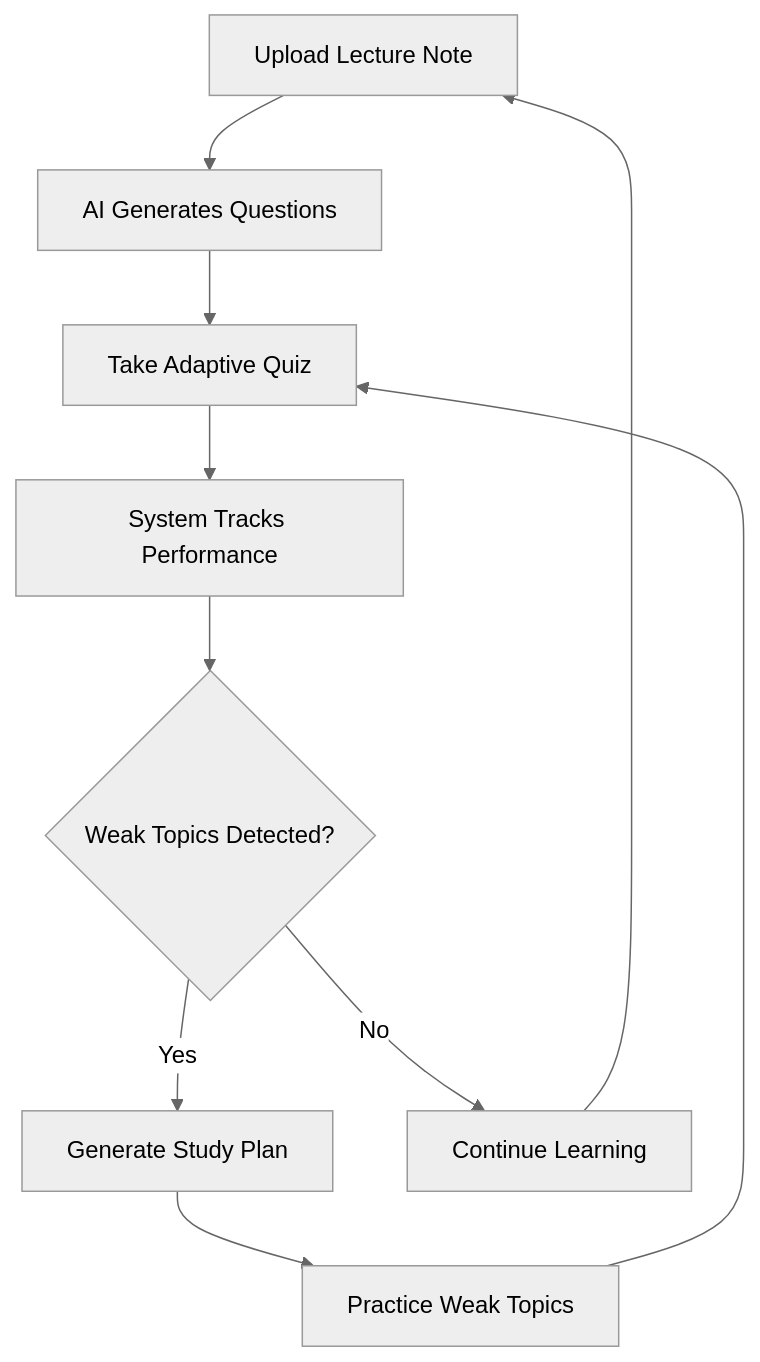
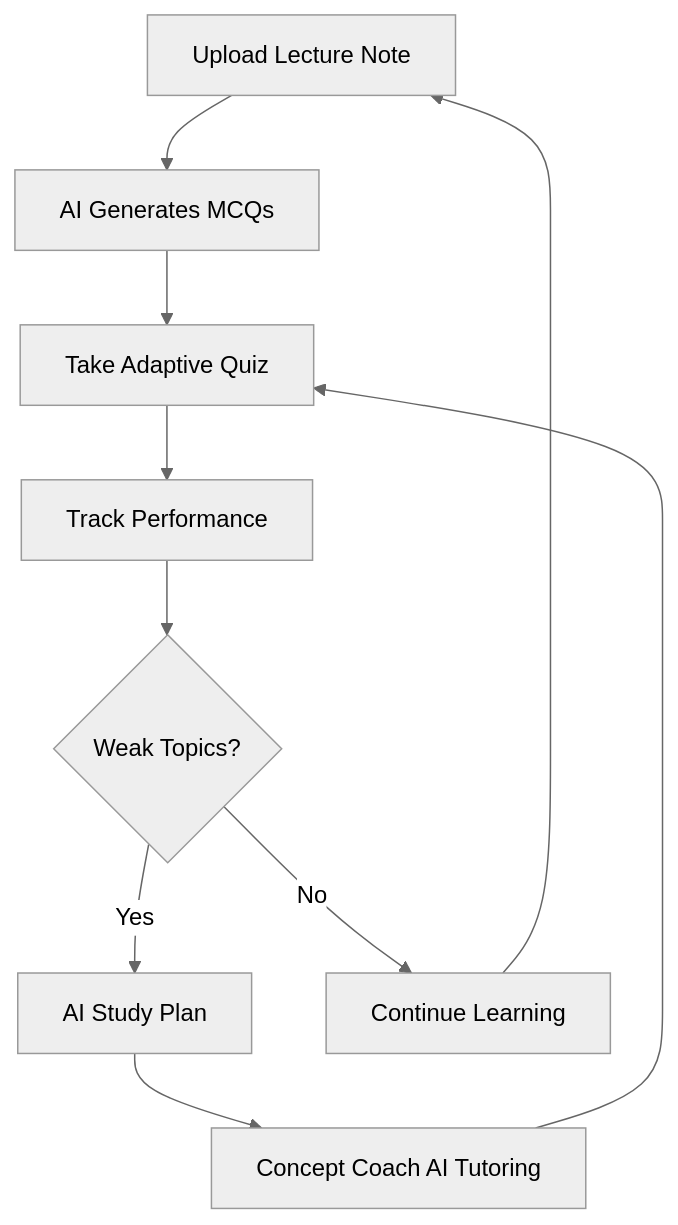
Before and after one commit to Potri2357/LearnFlow: the first of 2 diagrams in README.md, drawn with Mermaid (neutral theme). The commit also changed other lines of this file and 119 other files, not shown here.

````diff
--- a/README.md
+++ b/README.md
@@ -390,12 +352,12 @@
 ```mermaid
 graph TD
-    A[Upload Lecture Note] --> B[AI Generates Questions]
+    A[Upload Lecture Note] --> B[AI Generates MCQs]
     B --> C[Take Adaptive Quiz]
-    C --> D[System Tracks Performance]
-    D --> E{Weak Topics Detected?}
-    E -->|Yes| F[Generate Study Plan]
+    C --> D[Track Performance]
+    D --> E{Weak Topics?}
+    E -->|Yes| F[AI Study Plan]
     E -->|No| G[Continue Learning]
-    F --> H[Practice Weak Topics]
+    F --> H[Concept Coach AI Tutoring]
     H --> C
     G --> A
 ```
````
